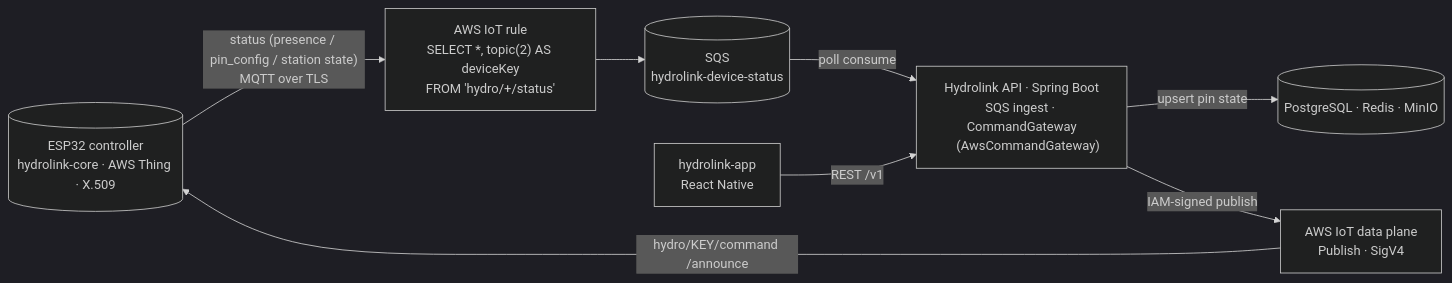
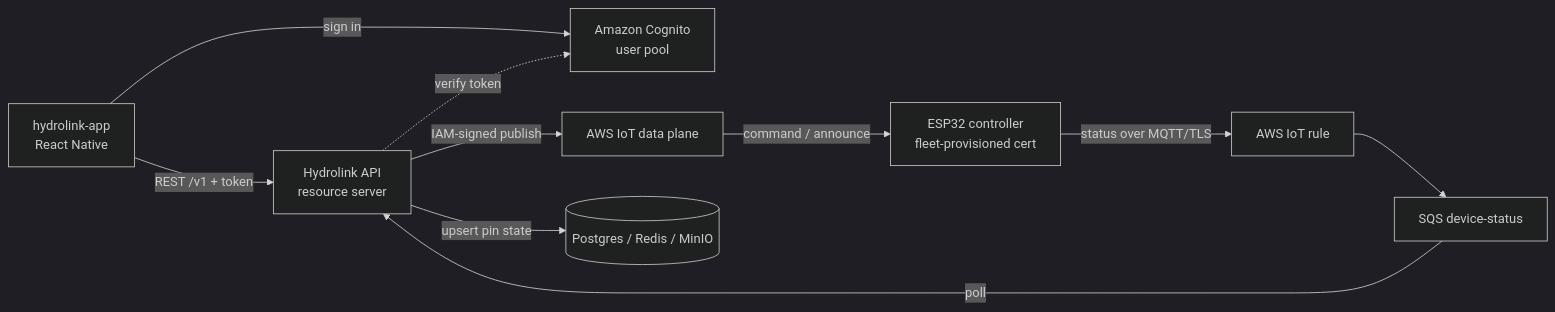
The diagram in README.md (ivfrost/hydrolink-api), drawn with Mermaid (dark theme) before and after one commit. The commit also changed other lines of this file and 27 other files, not shown here.

First line of the commit message:
feat(devices): route app commands through the API and manage IoT policies on link

````diff
--- a/README.md
+++ b/README.md
@@ -37,19 +40,21 @@
 ```mermaid
 flowchart LR
-    DEV[("ESP32 controller<br/>hydrolink-core · AWS Thing · X.509")]
-    RULE["AWS IoT rule<br/>SELECT *, topic(2) AS deviceKey<br/>FROM 'hydro/+/status'"]
-    SQS[("SQS<br/>hydrolink-device-status")]
-    DP["AWS IoT data plane<br/>Publish · SigV4"]
-    API["Hydrolink API · Spring Boot<br/>SQS ingest · CommandGateway
-    (AwsCommandGateway)"]
-    DATA[("PostgreSQL · Redis · MinIO")]
     APP["hydrolink-app<br/>React Native"]
+    COG["Amazon Cognito<br/>user pool"]
+    API["Hydrolink API<br/>resource server"]
+    DEV["ESP32 controller<br/>fleet-provisioned cert"]
+    RULE["AWS IoT rule"]
+    SQS["SQS device-status"]
+    DP["AWS IoT data plane"]
+    DATA[("Postgres / Redis / MinIO")]
 
-    DEV -- "status (presence / pin_config / station state)<br/>MQTT over TLS" --> RULE
+    APP -- "sign in" --> COG
+    APP -- "REST /v1 + token" --> API
+    API -. "verify token" .-> COG
+    DEV -- "status over MQTT/TLS" --> RULE
     RULE --> SQS
-    SQS -- "poll consume" --> API
+    SQS -- "poll" --> API
     API -- "upsert pin state" --> DATA
     API -- "IAM-signed publish" --> DP
-    DP -- "hydro/KEY/command /announce" --> DEV
-    APP -- "REST /v1" --> API
+    DP -- "command / announce" --> DEV
 ```
````
